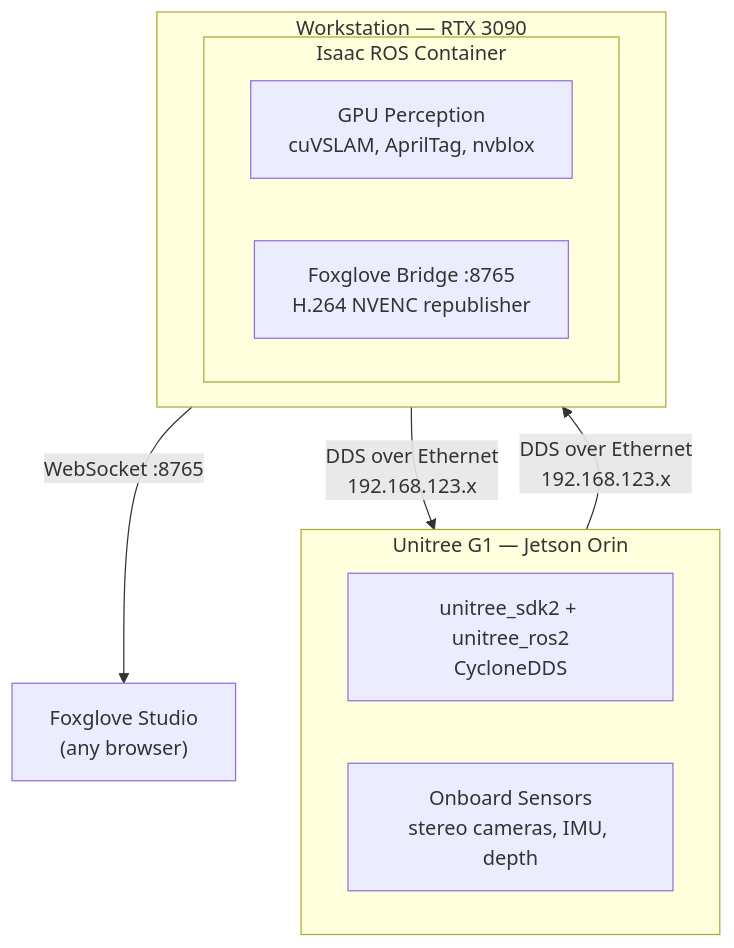
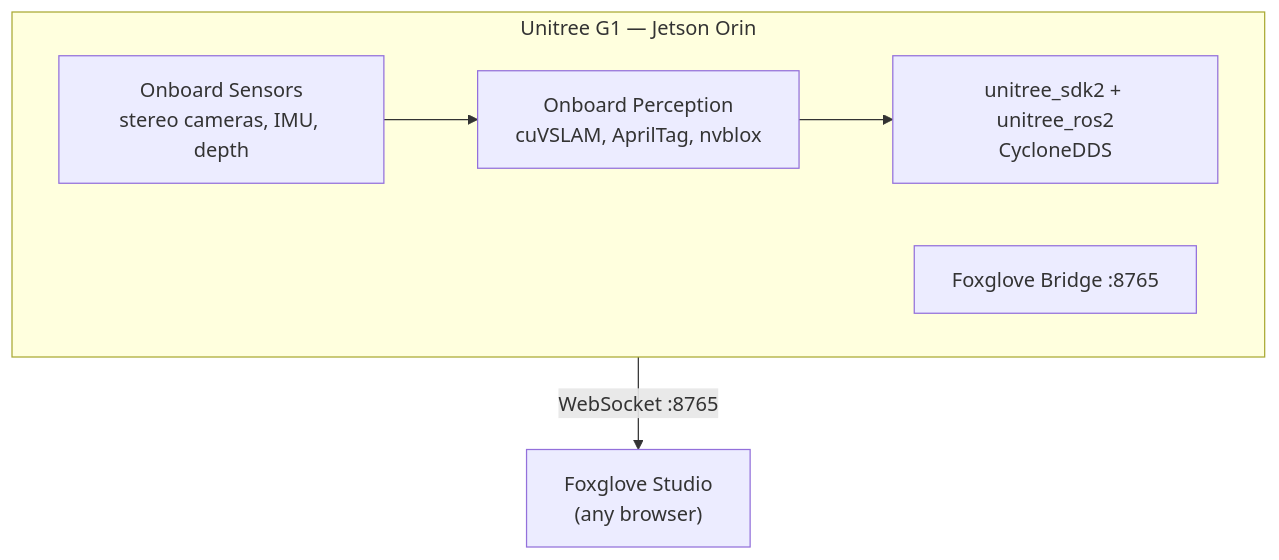
The second of 2 diagrams in docs/getting-started/architecture.md (zeulewan/robot-docs), drawn with Mermaid before and after one commit. The commit also changed other lines of this file and 3 other files, not shown here.

First line of the commit message:
Update architecture for autonomous G1, rewrite container docs

````diff
--- a/docs/getting-started/architecture.md
+++ b/docs/getting-started/architecture.md
@@ -52,20 +52,15 @@
 ```mermaid
 flowchart TD
     subgraph G1["Unitree G1 — Jetson Orin"]
         direction LR
+        SENS["Onboard Sensors<br/>stereo cameras, IMU, depth"]
         G1SW["unitree_sdk2 + unitree_ros2<br/>CycloneDDS"]
-        SENS["Onboard Sensors<br/>stereo cameras, IMU, depth"]
+        PERC["Onboard Perception<br/>cuVSLAM, AprilTag, nvblox"]
+        FOX["Foxglove Bridge :8765"]
     end
-    subgraph WS["Workstation — RTX 3090"]
-        direction LR
-        subgraph ROSC["Isaac ROS Container"]
-            PERC2["GPU Perception<br/>cuVSLAM, AprilTag, nvblox"]
-            VIZ2["Foxglove Bridge :8765<br/>H.264 NVENC republisher"]
-        end
-    end
-    FOX2["Foxglove Studio<br/>(any browser)"]
+    STUDIO["Foxglove Studio<br/>(any browser)"]
 
-    G1SW -- "DDS over Ethernet<br/>192.168.123.x" --> ROSC
-    ROSC -- "DDS over Ethernet<br/>192.168.123.x" --> G1SW
-    VIZ2 -- "WebSocket :8765" --> FOX2
+    SENS --> PERC
+    PERC --> G1SW
+    FOX -- "WebSocket :8765" --> STUDIO
 ```
````
